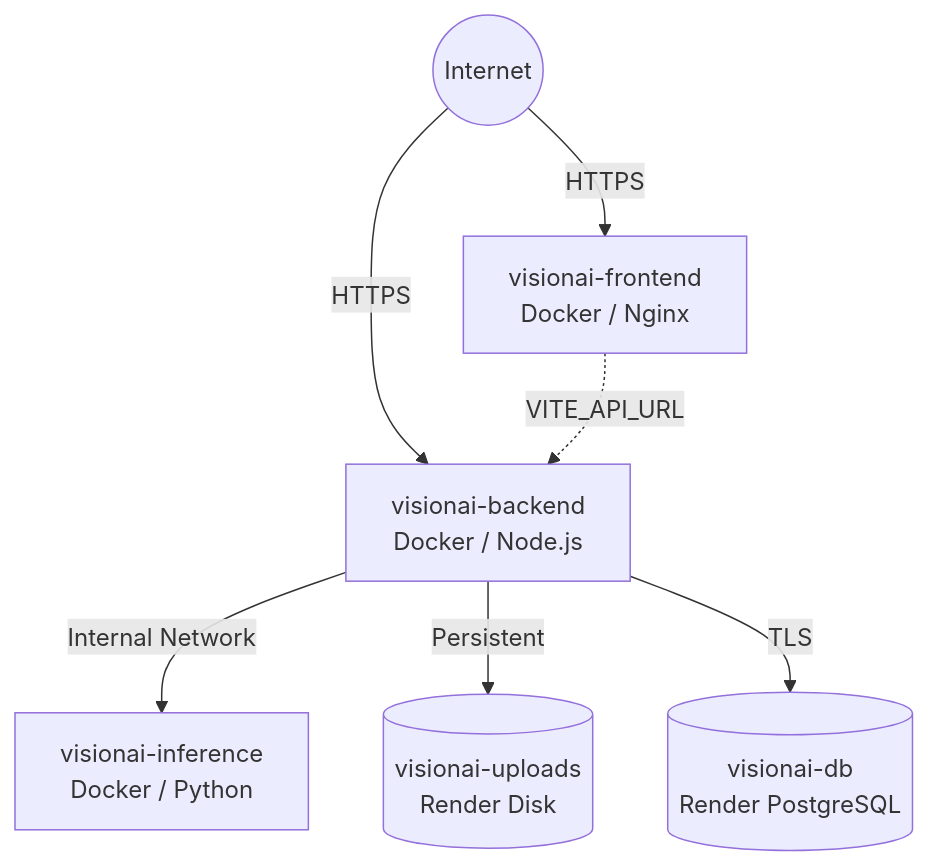
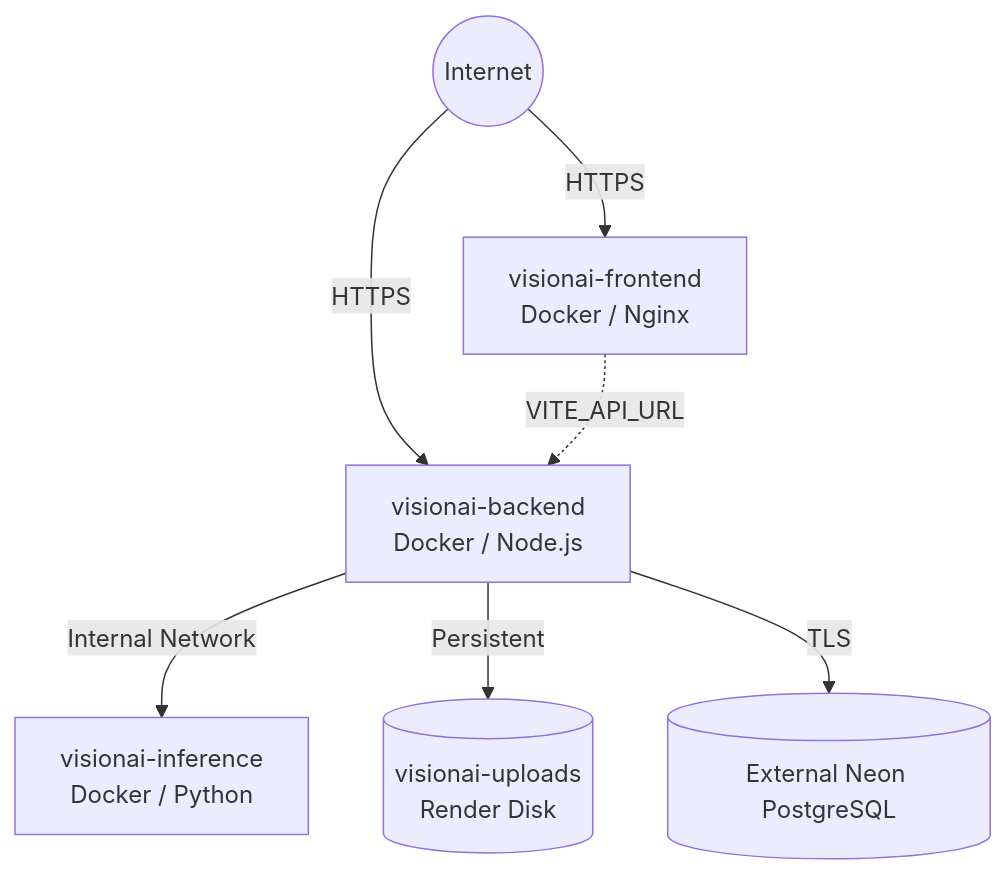
Before and after one commit to SudarshanSingh1/DR-Screening-System: the diagram in docs/RENDER_DEPLOYMENT.md, drawn with Mermaid. The commit also changed other lines of this file and 2 other files, not shown here.

````diff
--- a/docs/RENDER_DEPLOYMENT.md
+++ b/docs/RENDER_DEPLOYMENT.md
@@ -7,11 +7,11 @@
 ```mermaid
 flowchart TD
     Internet((Internet)) -->|HTTPS| Frontend[visionai-frontend<br>Docker / Nginx]
     Internet -->|HTTPS| Backend[visionai-backend<br>Docker / Node.js]
     
     Frontend -.->|VITE_API_URL| Backend
     
     Backend -->|Internal Network| Inference[visionai-inference<br>Docker / Python]
     Backend -->|Persistent| Disk[(visionai-uploads<br>Render Disk)]
-    Backend -->|TLS| DB[(visionai-db<br>Render PostgreSQL)]
+    Backend -->|TLS| DB[(External Neon PostgreSQL)]
 ```
````
